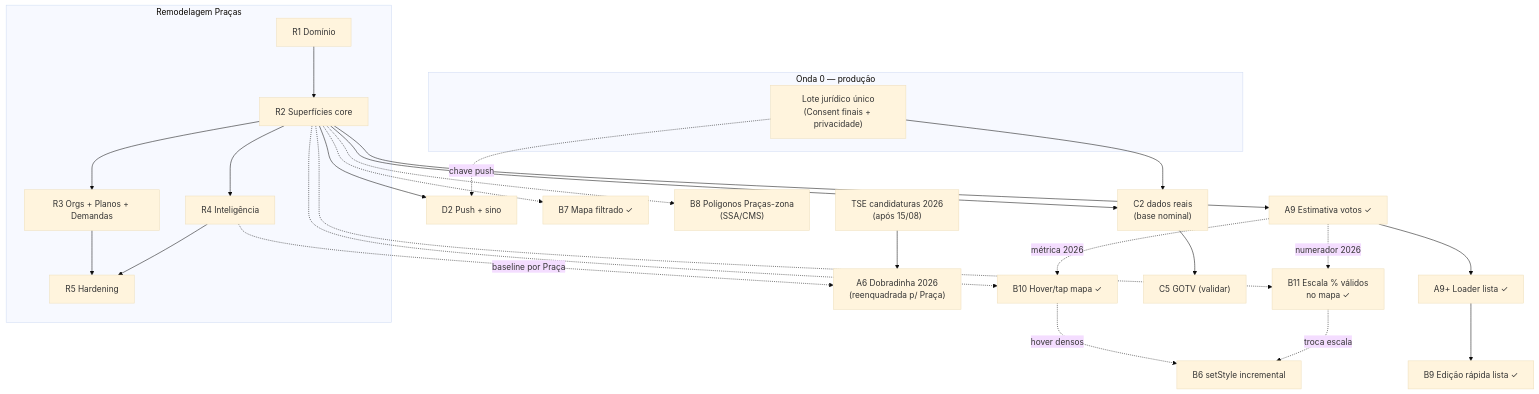
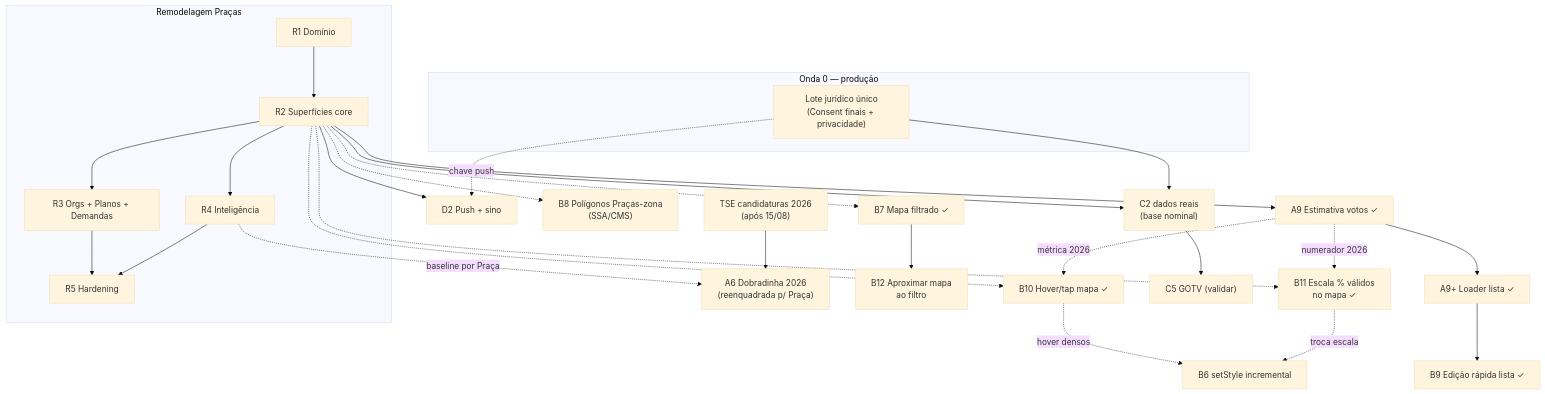
Before and after one commit to fsolla/teqo: the diagram in docs/roadmap.md, drawn with Mermaid (base theme). The commit also changed other lines of this file and 2 other files, not shown here.

````diff
--- a/docs/roadmap.md
+++ b/docs/roadmap.md
@@ -50,35 +50,36 @@
 ```mermaid
 flowchart TD
     subgraph Onda0["Onda 0 — produção"]
         JUR["Lote jurídico único<br/>(Consent finais + privacidade)"]
     end
 
     subgraph Remodel["Remodelagem Praças"]
         R1["R1 Domínio"]
         R2["R2 Superfícies core"]
         R3["R3 Orgs + Planos + Demandas"]
         R4["R4 Inteligência"]
         R5["R5 Hardening"]
     end
 
     R1 --> R2 --> R3 --> R5
     R2 --> R4 --> R5
     JUR --> C2prod["C2 dados reais<br/>(base nominal)"]
     R2 --> C2prod
     TSE2026["TSE candidaturas 2026<br/>(após 15/08)"] --> A6["A6 Dobradinha 2026<br/>(reenquadrada p/ Praça)"]
     R4 -.baseline por Praça.-> A6
     R2 --> D2["D2 Push + sino"]
     R2 --> A9["A9 Estimativa votos ✓"]
     A9 --> A9plus["A9+ Loader lista ✓"]
     A9plus --> B9["B9 Edição rápida lista ✓"]
     R2 -.-> B7["B7 Mapa filtrado ✓"]
+    B7 --> B12["B12 Aproximar mapa<br/>ao filtro"]
     R2 -.-> B8["B8 Polígonos Praças-zona<br/>(SSA/CMS)"]
     R2 -.-> B10["B10 Hover/tap mapa ✓"]
     R2 -.-> B11["B11 Escala % válidos<br/>no mapa ✓"]
     A9 -.métrica 2026.-> B10
     A9 -.numerador 2026.-> B11
     B10 -.hover densos.-> B6["B6 setStyle incremental"]
     B11 -.troca escala.-> B6
     JUR -.chave push.-> D2
     C2prod --> C5["C5 GOTV (validar)"]
 ```
````
